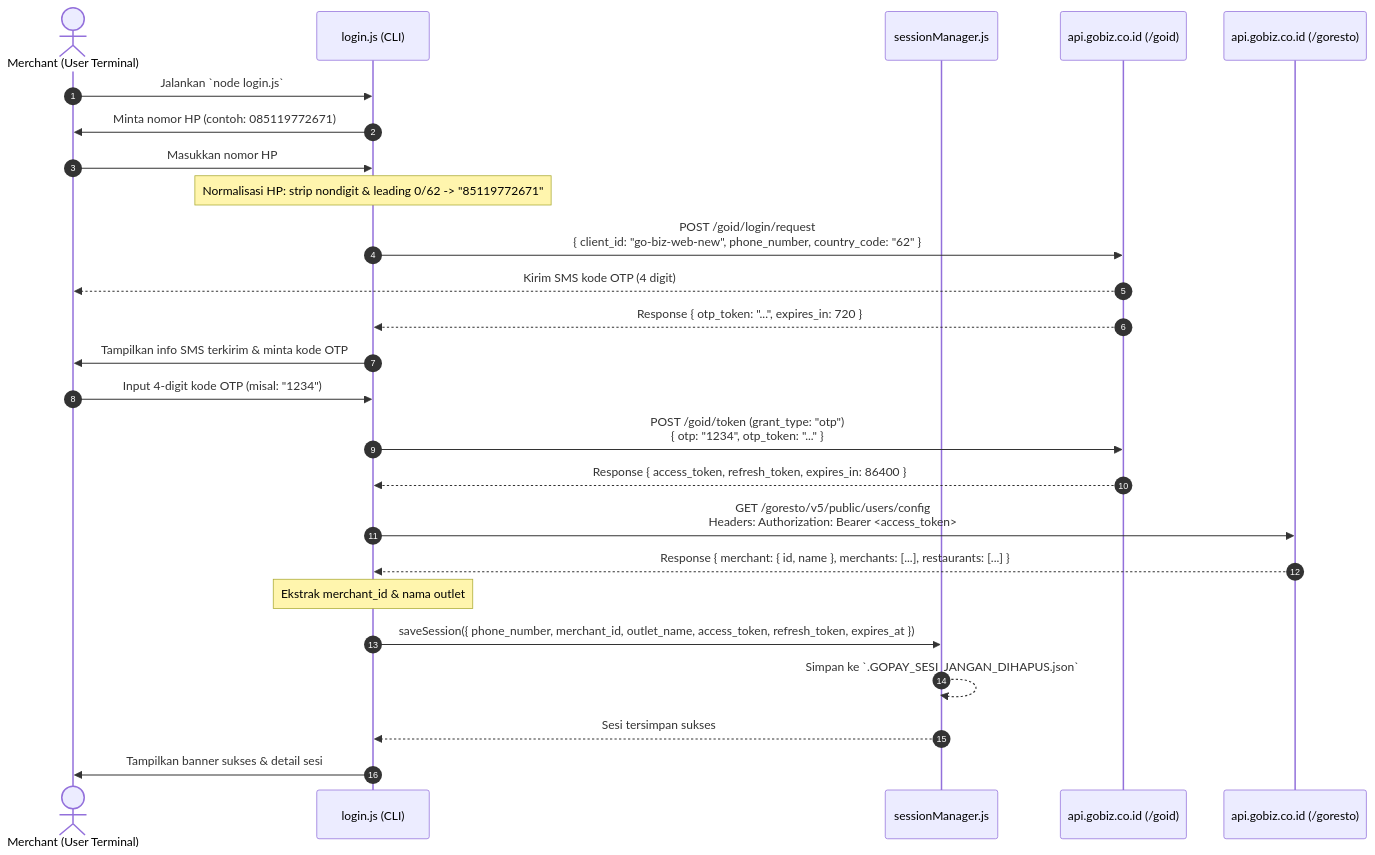
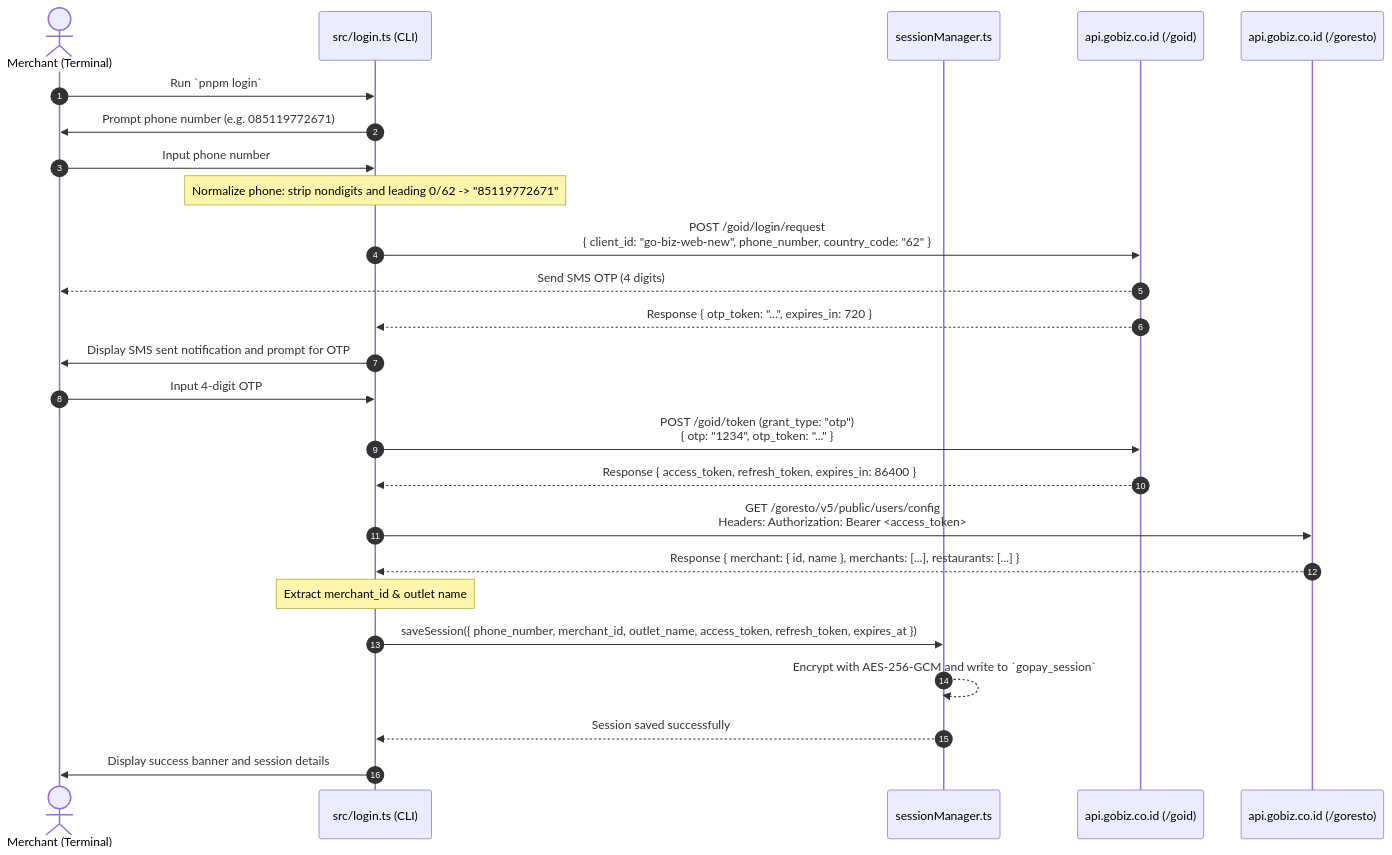
The first of 3 diagrams in GOJEK_API_DOCS.md (azmi2409/gopay-merchant-qris-gateway), drawn with Mermaid before and after one commit. The commit also changed other lines of this file and 23 other files, not shown here.

````diff
--- a/GOJEK_API_DOCS.md
+++ b/GOJEK_API_DOCS.md
@@ -47,34 +63,34 @@
 ```mermaid
 sequenceDiagram
     autonumber
-    actor User as Merchant (User Terminal)
-    participant CLI as login.js (CLI)
-    participant SM as sessionManager.js
+    actor User as Merchant (Terminal)
+    participant CLI as src/login.ts (CLI)
+    participant SM as sessionManager.ts
     participant GoID as api.gobiz.co.id (/goid)
     participant GoResto as api.gobiz.co.id (/goresto)
 
-    User->>CLI: Jalankan `node login.js`
-    CLI->>User: Minta nomor HP (contoh: 085119772671)
-    User->>CLI: Masukkan nomor HP
-    Note over CLI: Normalisasi HP: strip nondigit & leading 0/62 -> "85119772671"
+    User->>CLI: Run `pnpm login`
+    CLI->>User: Prompt phone number (e.g. 085119772671)
+    User->>CLI: Input phone number
+    Note over CLI: Normalize phone: strip nondigits and leading 0/62 -> "85119772671"
     
     CLI->>GoID: POST /goid/login/request<br/>{ client_id: "go-biz-web-new", phone_number, country_code: "62" }
-    GoID-->>User: Kirim SMS kode OTP (4 digit)
+    GoID-->>User: Send SMS OTP (4 digits)
     GoID-->>CLI: Response { otp_token: "...", expires_in: 720 }
     
-    CLI->>User: Tampilkan info SMS terkirim & minta kode OTP
-    User->>CLI: Input 4-digit kode OTP (misal: "1234")
+    CLI->>User: Display SMS sent notification and prompt for OTP
+    User->>CLI: Input 4-digit OTP
     
     CLI->>GoID: POST /goid/token (grant_type: "otp")<br/>{ otp: "1234", otp_token: "..." }
     GoID-->>CLI: Response { access_token, refresh_token, expires_in: 86400 }
     
     CLI->>GoResto: GET /goresto/v5/public/users/config<br/>Headers: Authorization: Bearer <access_token>
     GoResto-->>CLI: Response { merchant: { id, name }, merchants: [...], restaurants: [...] }
-    Note over CLI: Ekstrak merchant_id & nama outlet
+    Note over CLI: Extract merchant_id & outlet name
     
     CLI->>SM: saveSession({ phone_number, merchant_id, outlet_name, access_token, refresh_token, expires_at })
-    SM-->>SM: Simpan ke `.GOPAY_SESI_JANGAN_DIHAPUS.json`
-    SM-->>CLI: Sesi tersimpan sukses
+    SM-->>SM: Encrypt with AES-256-GCM and write to `gopay_session`
+    SM-->>CLI: Session saved successfully
     
-    CLI->>User: Tampilkan banner sukses & detail sesi
+    CLI->>User: Display success banner and session details
 ```
````
